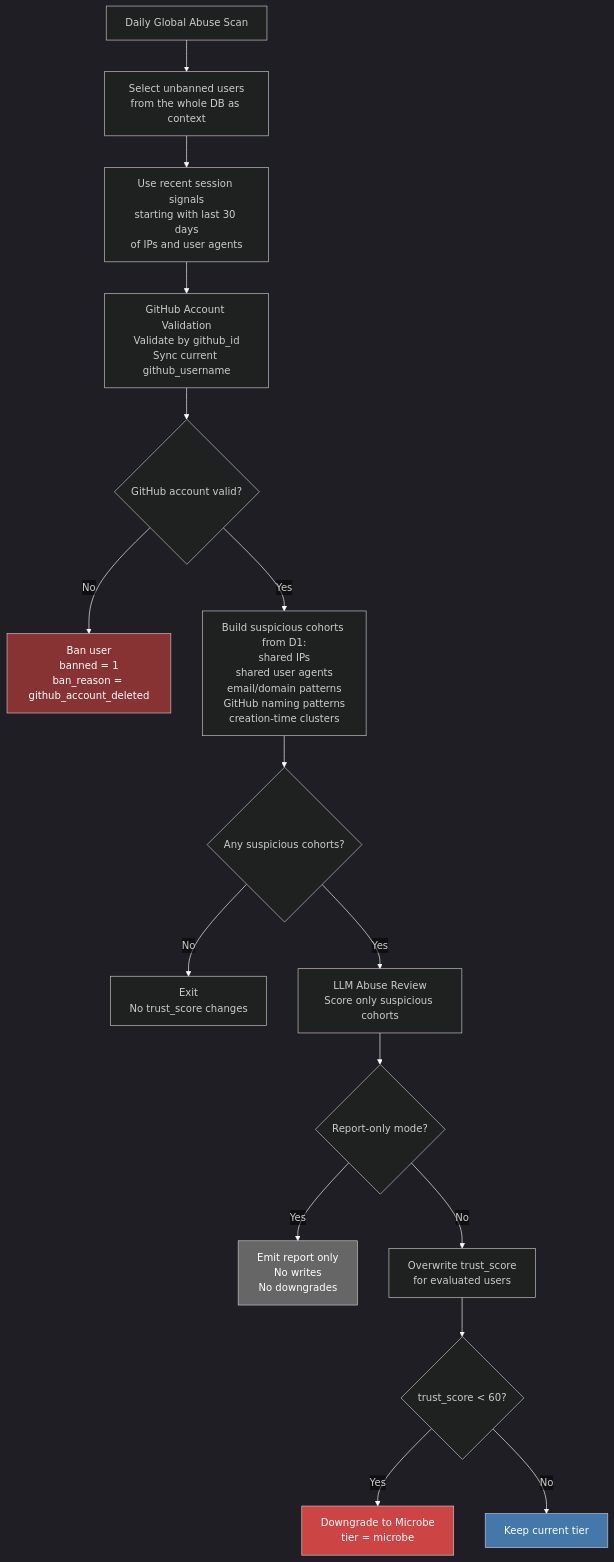
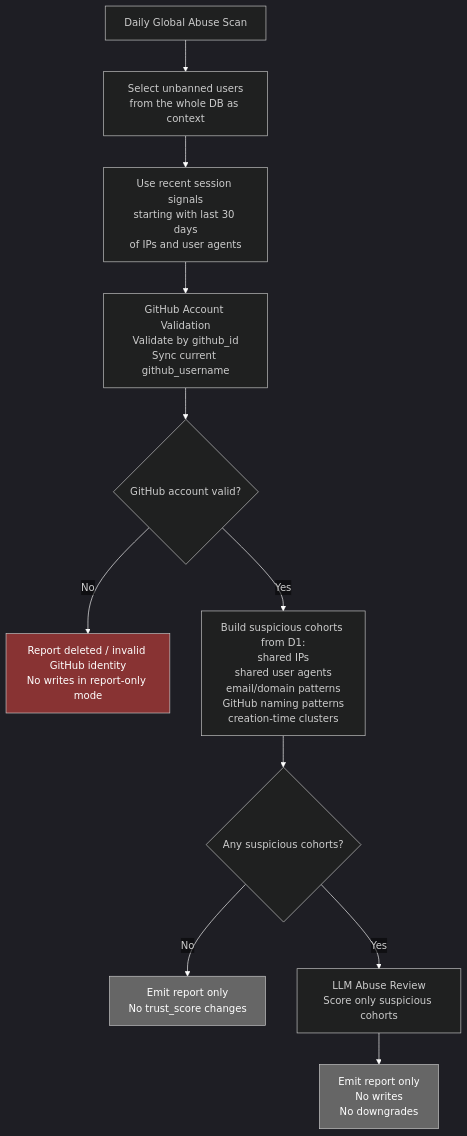
The second of 3 diagrams in enter.pollinations.ai/scripts/user-pipeline/README.md (pollinations/pollinations), drawn with Mermaid before and after one commit. The commit also changed other lines of this file and 11 other files, not shown here.

Commit message:
feat: add report-only global abuse scan

````diff
--- a/enter.pollinations.ai/scripts/user-pipeline/README.md
+++ b/enter.pollinations.ai/scripts/user-pipeline/README.md
@@ -152,48 +158,38 @@
 ```mermaid
 %%{init: {'theme': 'dark', 'themeVariables': {'lineColor': '#ffffff', 'edgeLabelBackground': 'transparent'}}}%%
 flowchart TD
     A["Daily Global Abuse Scan"] --> B["Select unbanned users
 from the whole DB as context"]
 
     B --> C["Use recent session signals
 starting with last 30 days
 of IPs and user agents"]
 
     C --> D["GitHub Account Validation
 Validate by github_id
 Sync current github_username"]
 
     D --> E{"GitHub account valid?"}
-    E -->|No| F["Ban user
-banned = 1
-ban_reason = github_account_deleted"]
+    E -->|No| F["Report deleted / invalid GitHub identity
+No writes in report-only mode"]
     E -->|Yes| G["Build suspicious cohorts from D1:
 shared IPs
 shared user agents
 email/domain patterns
 GitHub naming patterns
 creation-time clusters"]
 
     G --> H{"Any suspicious cohorts?"}
-    H -->|No| I["Exit
+    H -->|No| I["Emit report only
 No trust_score changes"]
     H -->|Yes| J["LLM Abuse Review
 Score only suspicious cohorts"]
 
-    J --> K{"Report-only mode?"}
-    K -->|Yes| L["Emit report only
+    J --> K["Emit report only
 No writes
 No downgrades"]
-    K -->|No| M["Overwrite trust_score
-for evaluated users"]
-
-    M --> N{"trust_score < 60?"}
-    N -->|Yes| O["Downgrade to Microbe
-tier = microbe"]
-    N -->|No| P["Keep current tier"]
 
     style F fill:#833,color:#fff
-    style L fill:#666,color:#fff
-    style O fill:#c44,color:#fff
-    style P fill:#47a,color:#fff
+    style I fill:#666,color:#fff
+    style K fill:#666,color:#fff
 ```
````
